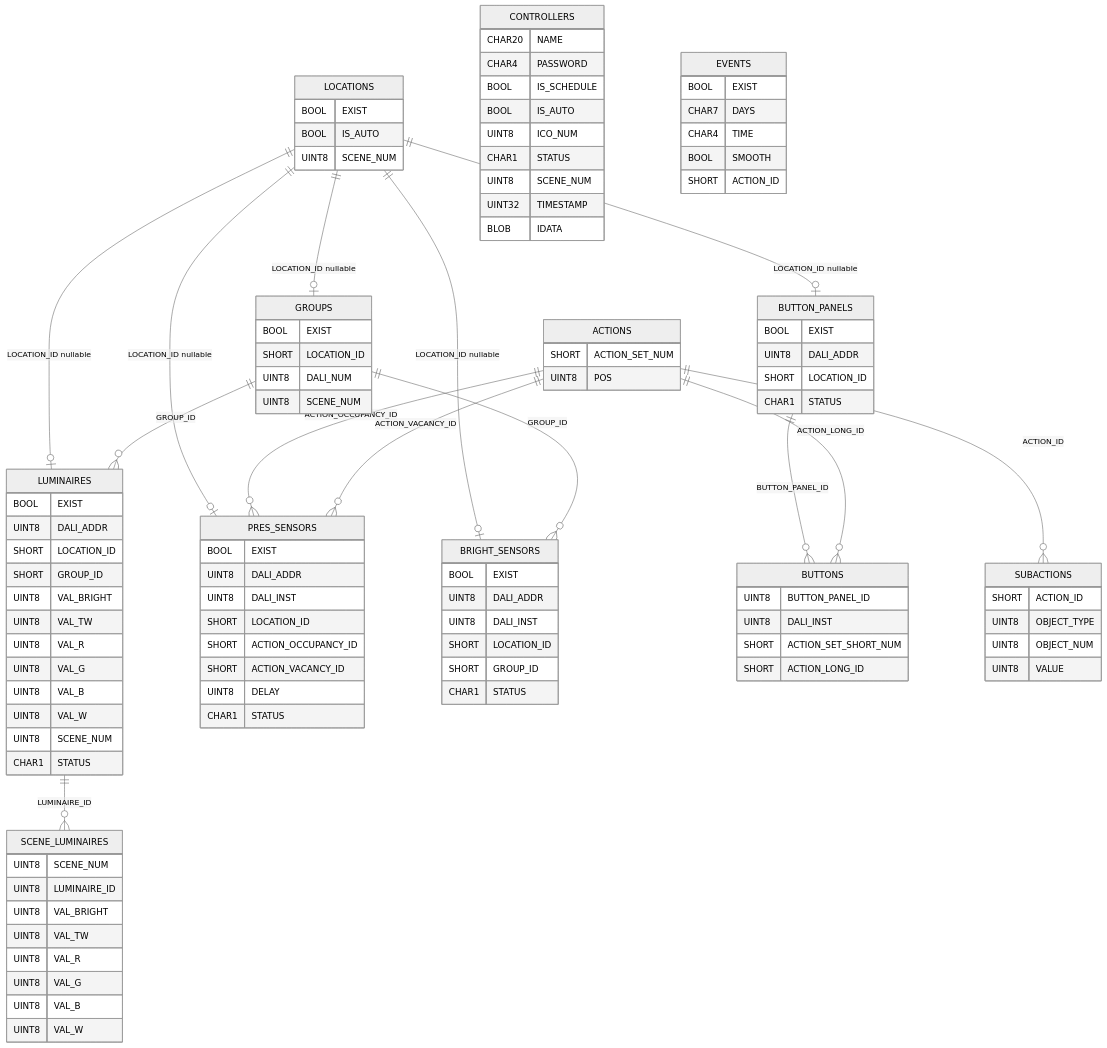
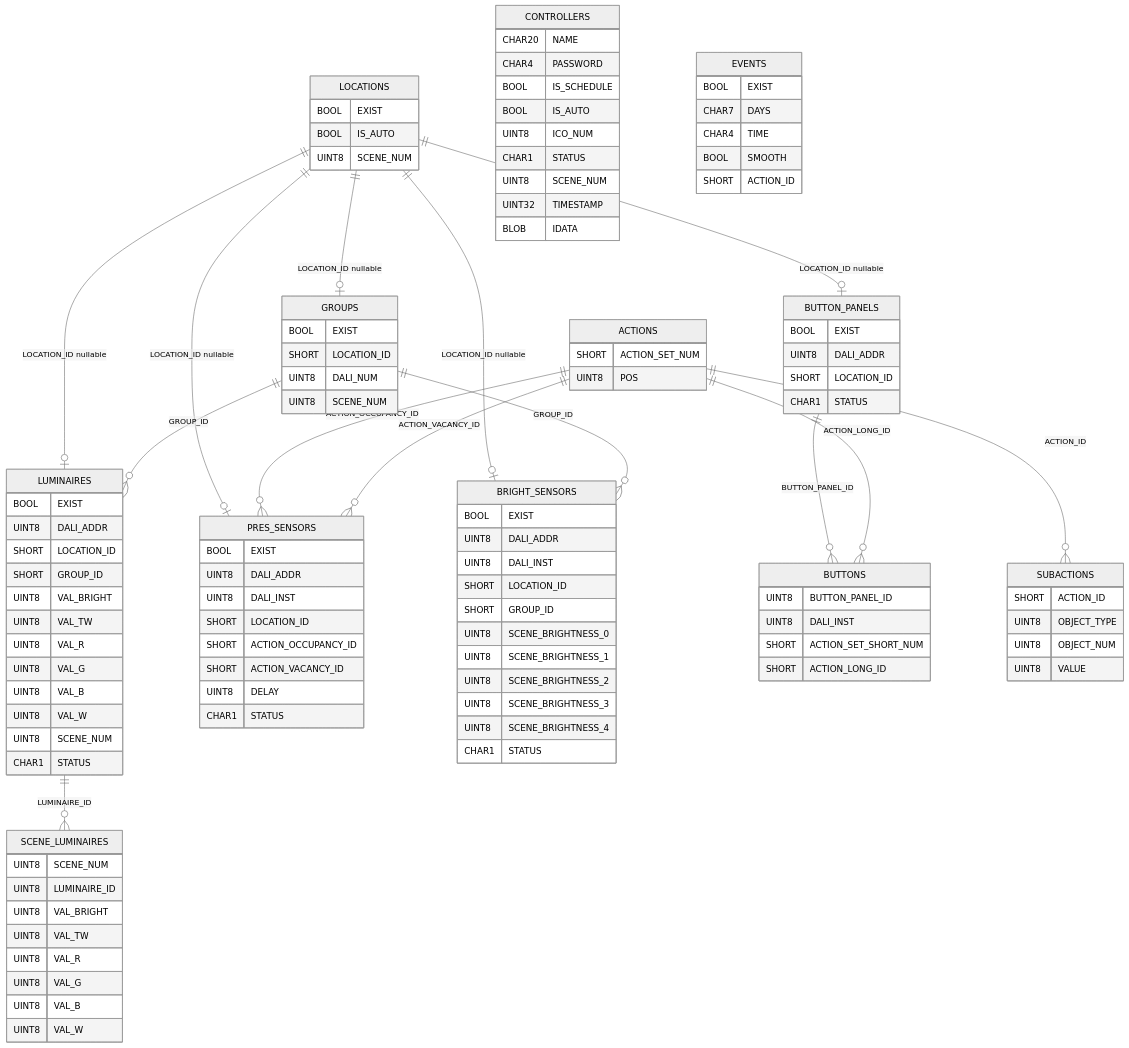
One commit to KhudyakovAlex/Synapse changed the diagram in PDS/SynapsePDS_FW_DB_scheme.md. Above: the diagram before and after it, drawn with Mermaid (neutral theme). The commit also changed other lines of this file and 13 other files, not shown here.

Commit message:
Add SCENE_BRIGHTNESS fields to BRIGHT_SENSORS table (VERSION 8)

```diff
--- a/PDS/SynapsePDS_FW_DB_scheme.md
+++ b/PDS/SynapsePDS_FW_DB_scheme.md
@@ -88,6 +88,11 @@
         UINT8 DALI_INST
         SHORT LOCATION_ID
         SHORT GROUP_ID
+        UINT8 SCENE_BRIGHTNESS_0
+        UINT8 SCENE_BRIGHTNESS_1
+        UINT8 SCENE_BRIGHTNESS_2
+        UINT8 SCENE_BRIGHTNESS_3
+        UINT8 SCENE_BRIGHTNESS_4
         CHAR1 STATUS
     }
 
```
